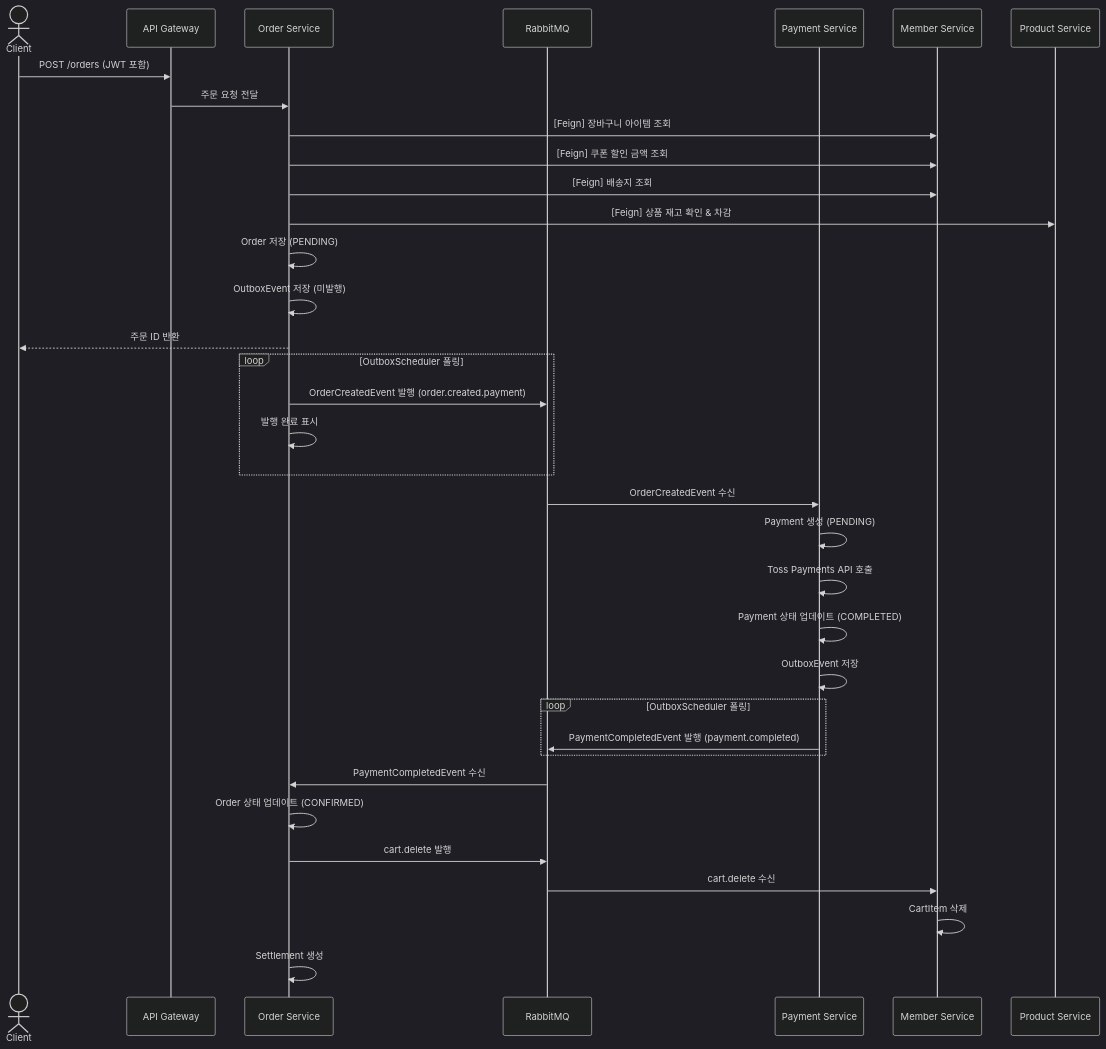
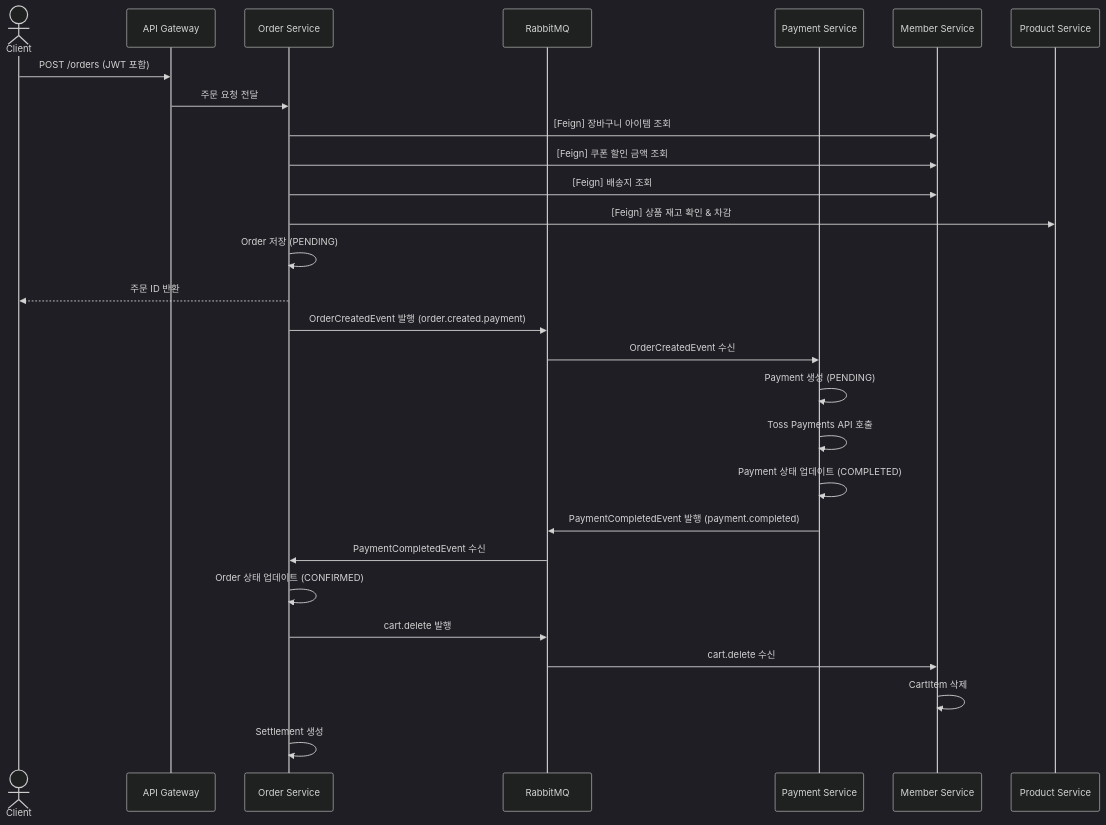
The eighth of 12 diagrams in README.md (Teach-D/store), drawn with Mermaid (dark theme) before and after one commit. The commit also changed other lines of this file, not shown here.

````diff
--- a/README.md
+++ b/README.md
@@ -561,47 +457,38 @@
 ```mermaid
 sequenceDiagram
     actor Client
     participant GW as API Gateway
     participant OS as Order Service
     participant MQ as RabbitMQ
     participant PS as Payment Service
     participant MS as Member Service
     participant PRS as Product Service
 
     Client->>GW: POST /orders (JWT 포함)
     GW->>OS: 주문 요청 전달
 
     OS->>MS: [Feign] 장바구니 아이템 조회
     OS->>MS: [Feign] 쿠폰 할인 금액 조회
     OS->>MS: [Feign] 배송지 조회
     OS->>PRS: [Feign] 상품 재고 확인 & 차감
 
     OS->>OS: Order 저장 (PENDING)
-    OS->>OS: OutboxEvent 저장 (미발행)
     OS-->>Client: 주문 ID 반환
 
-    loop OutboxScheduler 폴링
-        OS->>MQ: OrderCreatedEvent 발행 (order.created.payment)
-        OS->>OS: 발행 완료 표시
-    end
-
+    OS->>MQ: OrderCreatedEvent 발행 (order.created.payment)
     MQ->>PS: OrderCreatedEvent 수신
 
     PS->>PS: Payment 생성 (PENDING)
     PS->>PS: Toss Payments API 호출
     PS->>PS: Payment 상태 업데이트 (COMPLETED)
-    PS->>PS: OutboxEvent 저장
-
-    loop OutboxScheduler 폴링
-        PS->>MQ: PaymentCompletedEvent 발행 (payment.completed)
-    end
+    PS->>MQ: PaymentCompletedEvent 발행 (payment.completed)
 
     MQ->>OS: PaymentCompletedEvent 수신
     OS->>OS: Order 상태 업데이트 (CONFIRMED)
     OS->>MQ: cart.delete 발행
 
     MQ->>MS: cart.delete 수신
     MS->>MS: CartItem 삭제
 
     OS->>OS: Settlement 생성
 ```
````
